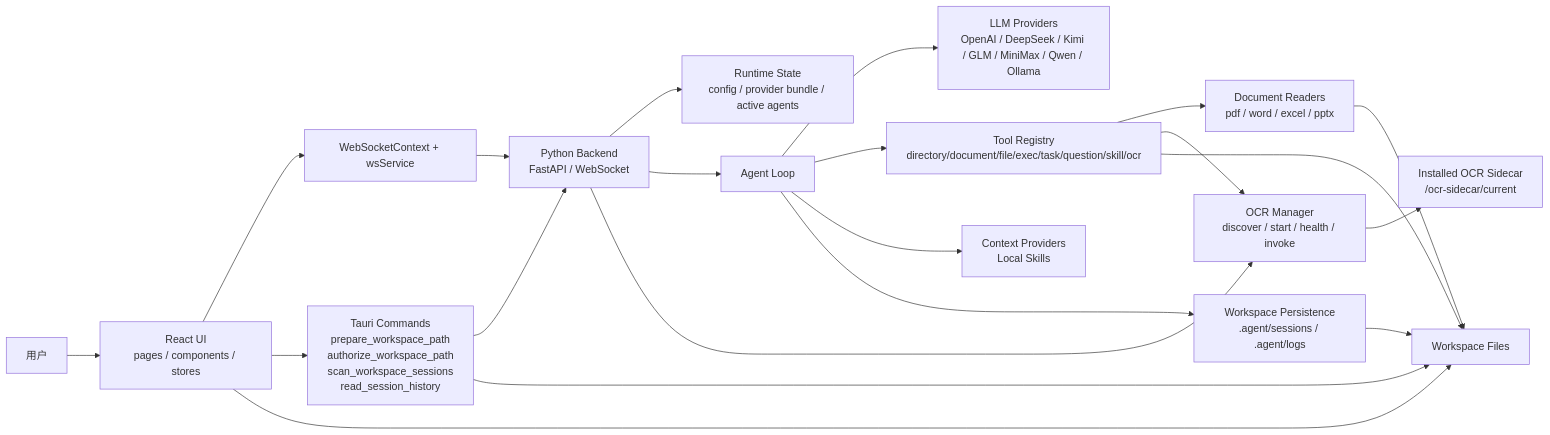
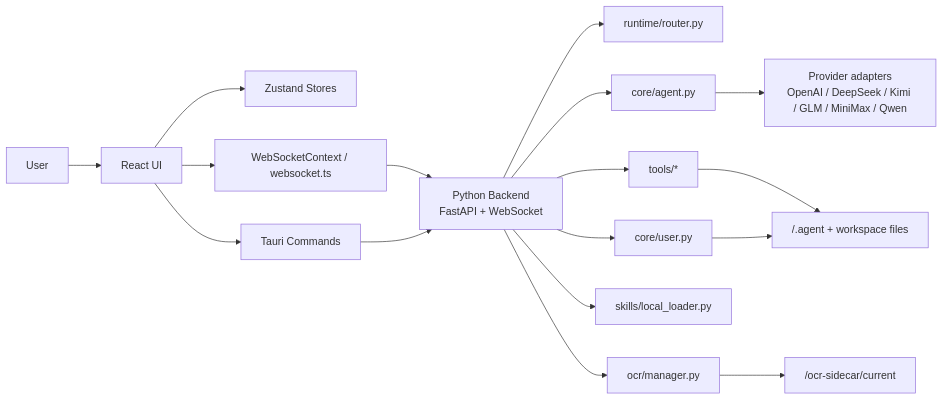
One commit to ChqJourney/simple_agent changed the first of 2 diagrams in architecture.md. Above: the diagram before and after it, drawn with Mermaid. The commit also changed other lines of this file and 31 other files, not shown here.

Commit message:
fix:ocr lack runtime issue

````diff
--- a/architecture.md
+++ b/architecture.md
@@ -26,25 +22,22 @@
 ```mermaid
 flowchart LR
-    User["用户"] --> UI["React UI<br/>pages / components / stores"]
-    UI --> WS["WebSocketContext + wsService"]
-    UI --> Tauri["Tauri Commands<br/>prepare_workspace_path<br/>authorize_workspace_path<br/>scan_workspace_sessions<br/>read_session_history"]
-    WS --> Backend["Python Backend<br/>FastAPI / WebSocket"]
+    User["User"] --> FE["React UI"]
+    FE --> Stores["Zustand Stores"]
+    FE --> WS["WebSocketContext / websocket.ts"]
+    FE --> Tauri["Tauri Commands"]
+
+    WS --> Backend["Python Backend<br/>FastAPI + WebSocket"]
     Tauri --> Backend
 
-    Backend --> Runtime["Runtime State<br/>config / provider bundle / active agents"]
-    Backend --> Agent["Agent Loop"]
-    Backend --> OCR["OCR Manager<br/>discover / start / health / invoke"]
-    Agent --> LLM["LLM Providers<br/>OpenAI / DeepSeek / Kimi / GLM / MiniMax / Qwen / Ollama"]
-    Agent --> Tools["Tool Registry<br/>directory/document/file/exec/task/question/skill/ocr"]
-    Tools --> Readers["Document Readers<br/>pdf / word / excel / pptx"]
-    Tools --> OCR
-    Agent --> Context["Context Providers<br/>Local Skills"]
-    Agent --> Persist["Workspace Persistence<br/>.agent/sessions / .agent/logs"]
+    Backend --> Router["runtime/router.py"]
+    Backend --> Agent["core/agent.py"]
+    Backend --> UserMgr["core/user.py"]
+    Backend --> Tools["tools/*"]
+    Backend --> Skills["skills/local_loader.py"]
+    Backend --> OCR["ocr/manager.py"]
 
-    Tools --> Workspace["Workspace Files"]
-    Readers --> Workspace
-    Persist --> Workspace
-    Tauri --> Workspace
-    UI --> Workspace
-    OCR --> OcrInstall["Installed OCR Sidecar<br/><app_dir>/ocr-sidecar/current"]
+    Agent --> LLM["Provider adapters<br/>OpenAI / DeepSeek / Kimi / GLM / MiniMax / Qwen"]
+    Tools --> Workspace["<workspace>/.agent + workspace files"]
+    UserMgr --> Workspace
+    OCR --> OcrPkg["<app_dir>/ocr-sidecar/current"]
 ```
````
